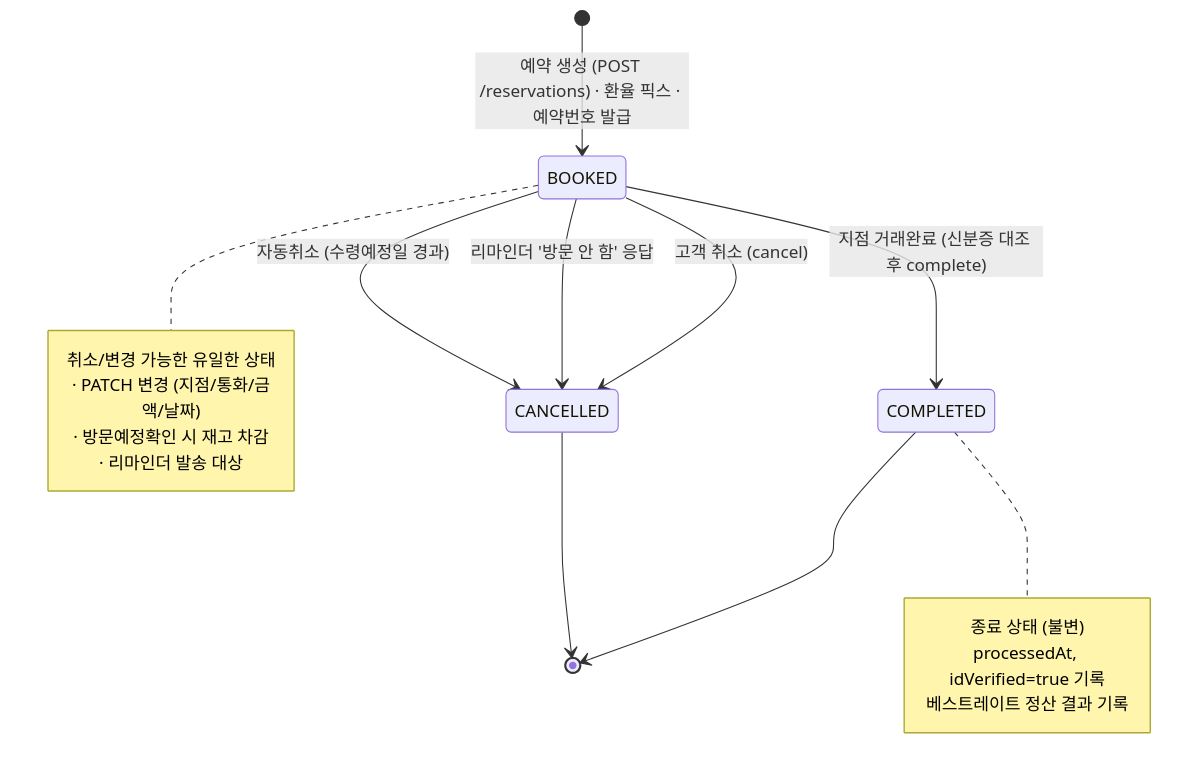
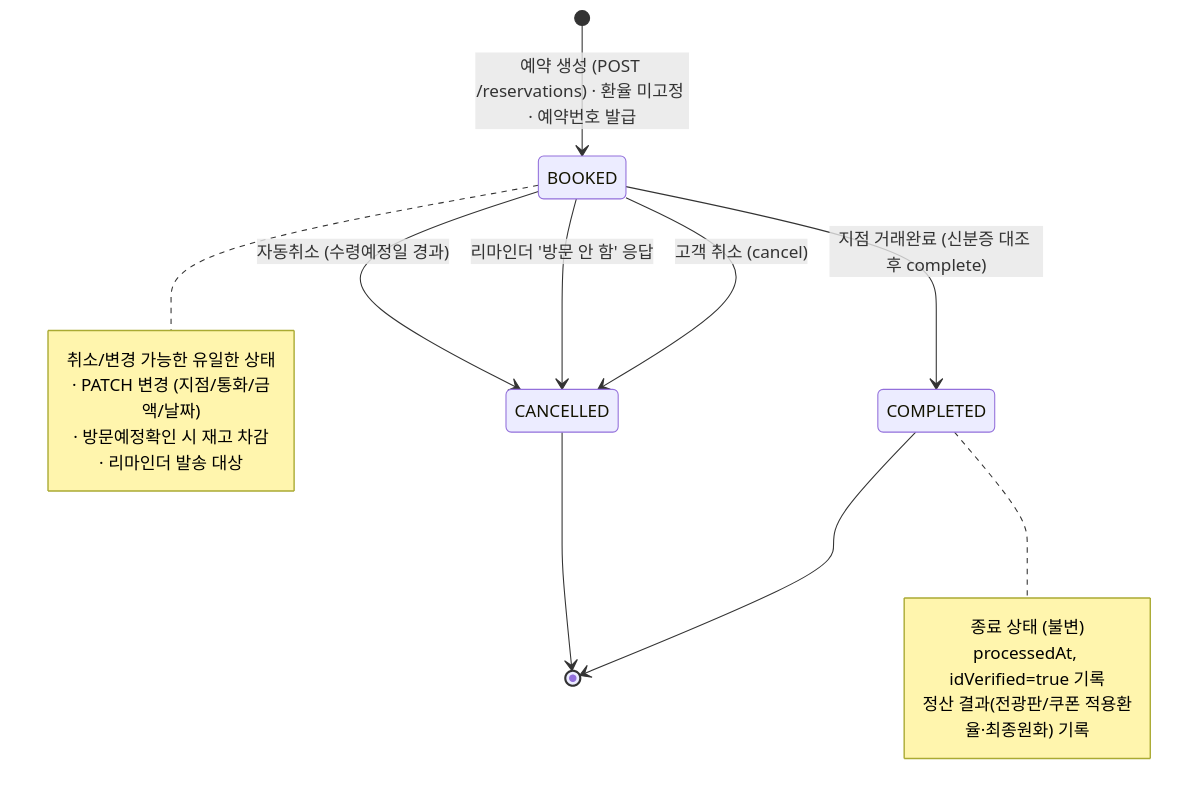
The diagram in docs-plan/06_상태도.mermaid (ahyeonine/moneybox_fw01), drawn with Mermaid before and after one commit. The commit also changed 24 other files, not shown here.

```diff
--- a/docs-plan/06_상태도.mermaid
+++ b/docs-plan/06_상태도.mermaid
@@ -1,20 +1,20 @@
 stateDiagram-v2
-    [*] --> BOOKED: 예약 생성 (POST /reservations) · 환율 픽스 · 예약번호 발급
+    [*] --> BOOKED: 예약 생성 (POST /reservations) · 환율 미고정 · 예약번호 발급
     BOOKED --> COMPLETED: 지점 거래완료 (신분증 대조 후 complete)
     BOOKED --> CANCELLED: 고객 취소 (cancel)
     BOOKED --> CANCELLED: 리마인더 '방문 안 함' 응답
     BOOKED --> CANCELLED: 자동취소 (수령예정일 경과)
     COMPLETED --> [*]
     CANCELLED --> [*]
 
     note right of BOOKED
       취소/변경 가능한 유일한 상태
       · PATCH 변경 (지점/통화/금액/날짜)
       · 방문예정확인 시 재고 차감
       · 리마인더 발송 대상
     end note
     note right of COMPLETED
       종료 상태 (불변)
       processedAt, idVerified=true 기록
-      베스트레이트 정산 결과 기록
+      정산 결과(전광판/쿠폰 적용환율·최종원화) 기록
     end note
```
